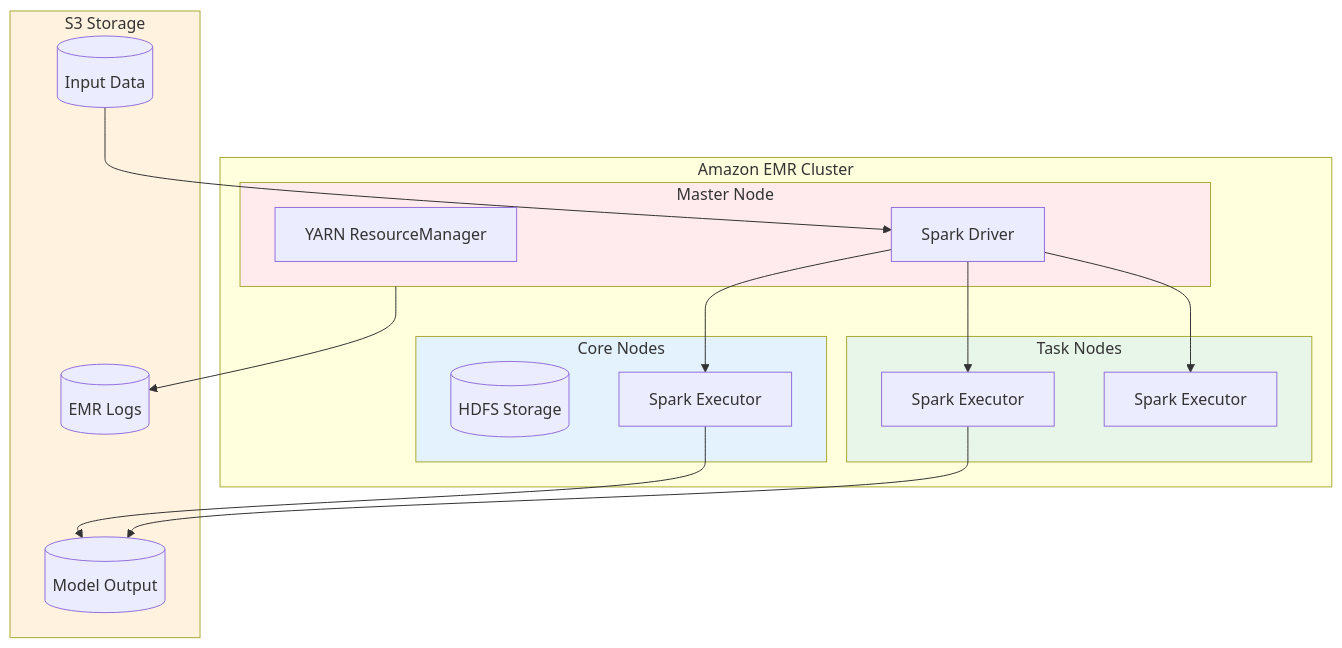
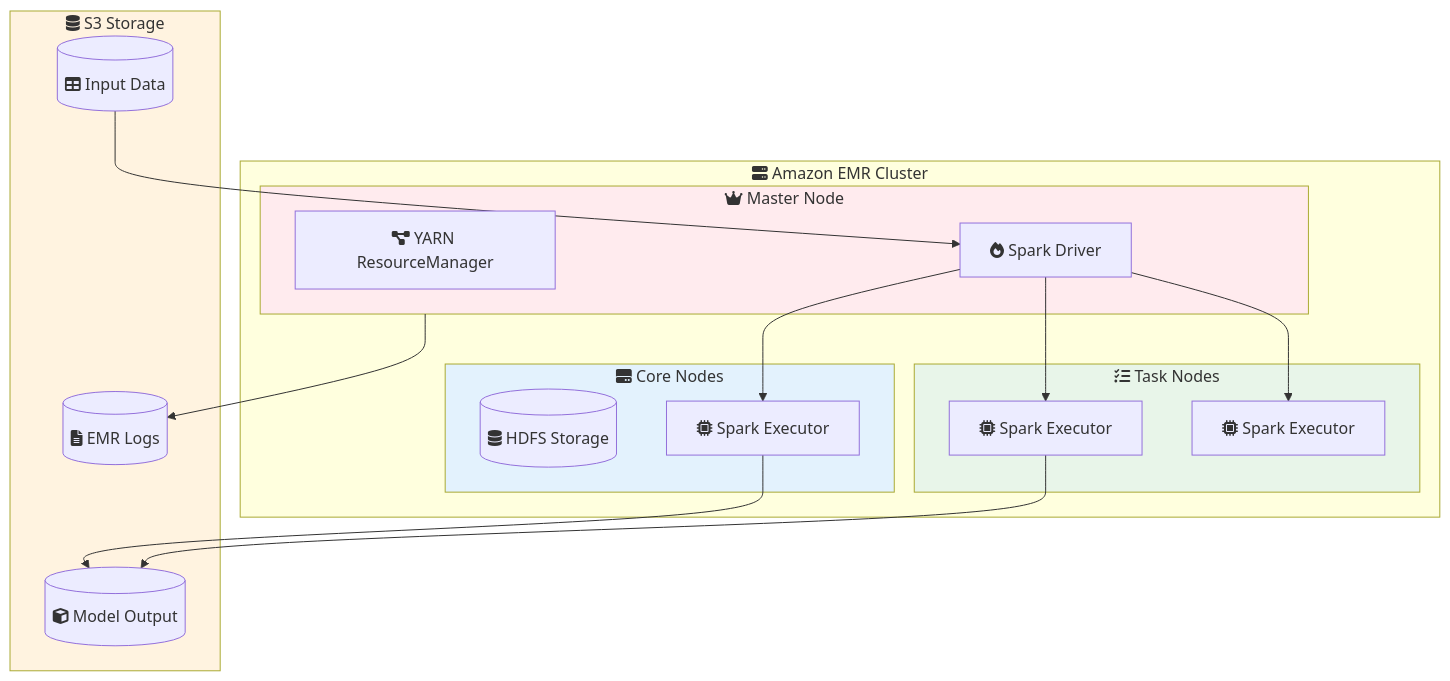
Before and after one commit to vinu76jsr/aws-sample-projects: the first of 3 diagrams in aws-ml-associate-prep/14-emr-spark-ml/LAB.md, drawn with Mermaid. The commit also changed other lines of this file and 15 other files, not shown here.

First line of the commit message:
Add Font Awesome icons to all Mermaid diagrams

````diff
--- a/aws-ml-associate-prep/14-emr-spark-ml/LAB.md
+++ b/aws-ml-associate-prep/14-emr-spark-ml/LAB.md
@@ -14,38 +14,38 @@
 ```mermaid
 flowchart TB
-    subgraph EMR["Amazon EMR Cluster"]
-        subgraph Master["Master Node"]
-            YARN[YARN ResourceManager]
-            Spark[Spark Driver]
+    subgraph EMR["fa:fa-server Amazon EMR Cluster"]
+        subgraph Master["fa:fa-crown Master Node"]
+            YARN[fa:fa-project-diagram YARN ResourceManager]
+            Spark[fa:fa-fire Spark Driver]
         end
 
-        subgraph Core["Core Nodes"]
-            HDFS[(HDFS Storage)]
-            Exec1[Spark Executor]
+        subgraph Core["fa:fa-hdd Core Nodes"]
+            HDFS[(fa:fa-database HDFS Storage)]
+            Exec1[fa:fa-microchip Spark Executor]
         end
 
-        subgraph Task["Task Nodes"]
-            Exec2[Spark Executor]
-            Exec3[Spark Executor]
+        subgraph Task["fa:fa-tasks Task Nodes"]
+            Exec2[fa:fa-microchip Spark Executor]
+            Exec3[fa:fa-microchip Spark Executor]
         end
     end
 
-    subgraph Storage["S3 Storage"]
-        Input[(Input Data)]
-        Output[(Model Output)]
-        Logs[(EMR Logs)]
+    subgraph Storage["fa:fa-database S3 Storage"]
+        Input[(fa:fa-table Input Data)]
+        Output[(fa:fa-cube Model Output)]
+        Logs[(fa:fa-file-alt EMR Logs)]
     end
 
     Input --> Spark
     Spark --> Exec1
     Spark --> Exec2
     Spark --> Exec3
     Exec1 --> Output
     Exec2 --> Output
     Master --> Logs
 
     style Master fill:#ffebee
     style Core fill:#e3f2fd
     style Task fill:#e8f5e9
     style Storage fill:#fff3e0
 ```
````
